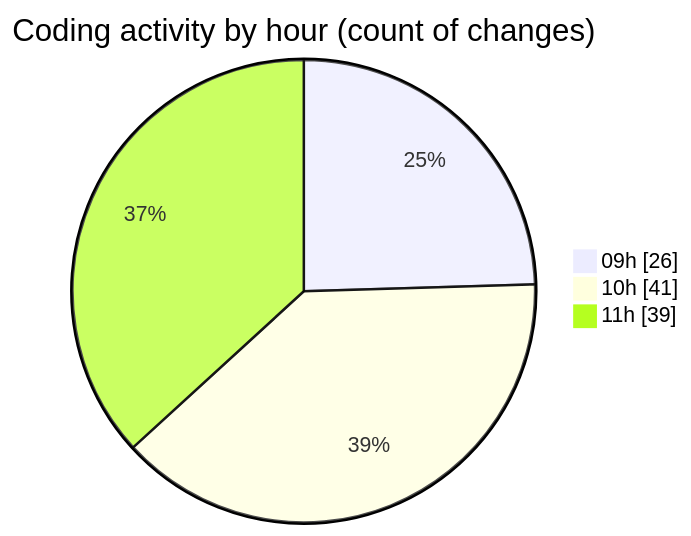
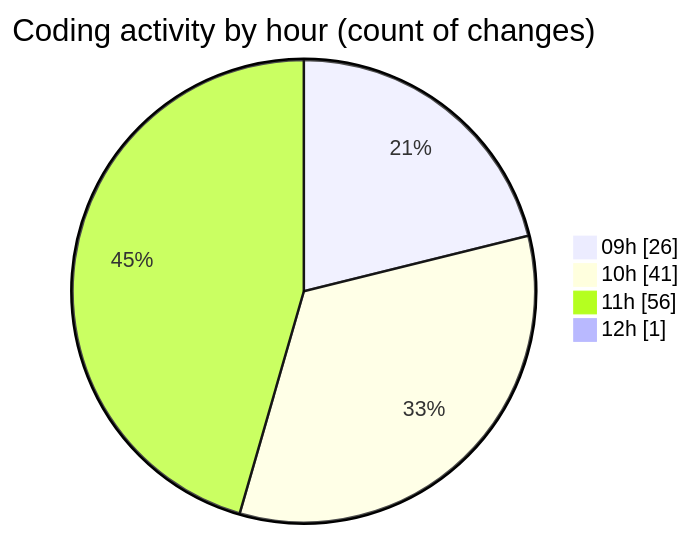
Before and after one commit to momahboobian/code-tracking: the second of 2 diagrams in 2026-05-12/cda/README.md, drawn with Mermaid. The commit also changed other lines of this file and 1 other file, not shown here.

````diff
--- a/2026-05-12/cda/README.md
+++ b/2026-05-12/cda/README.md
@@ -51,7 +56,8 @@
 ```mermaid
 pie showData
 title Coding activity by hour (count of changes)
 "09h" : 26
 "10h" : 41
-"11h" : 39
+"11h" : 56
+"12h" : 1
 ```
````
